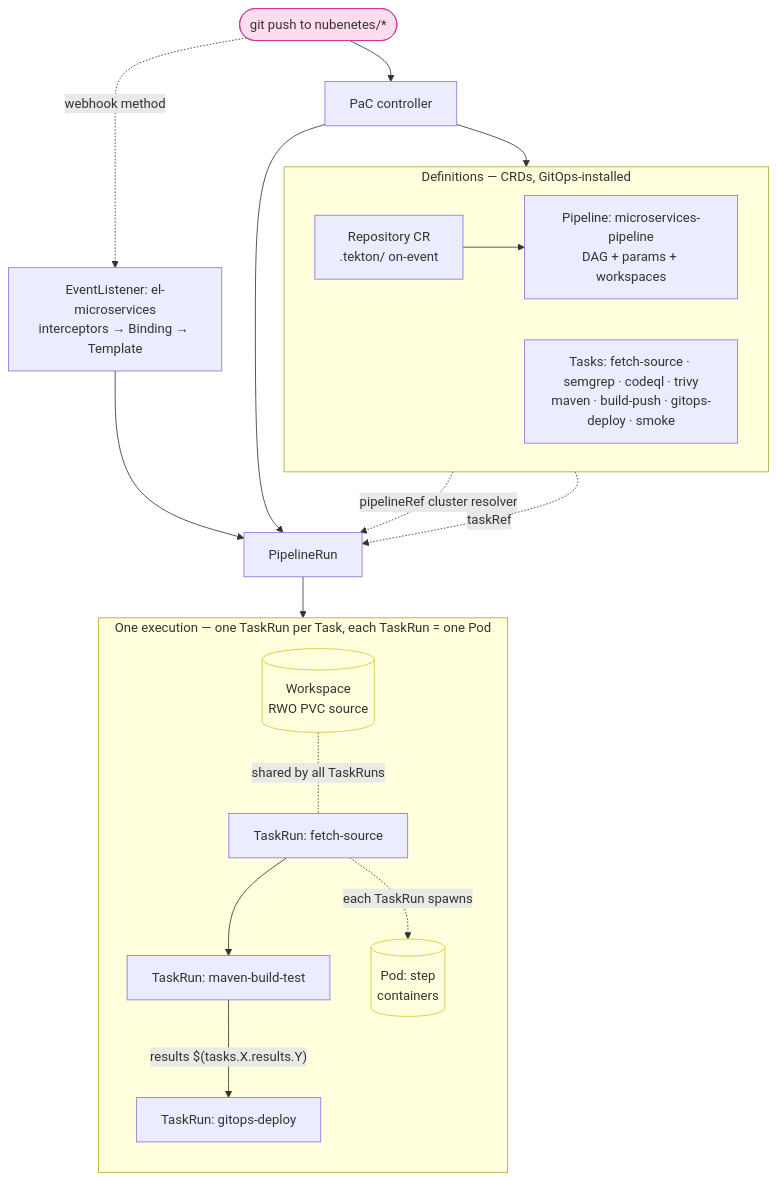
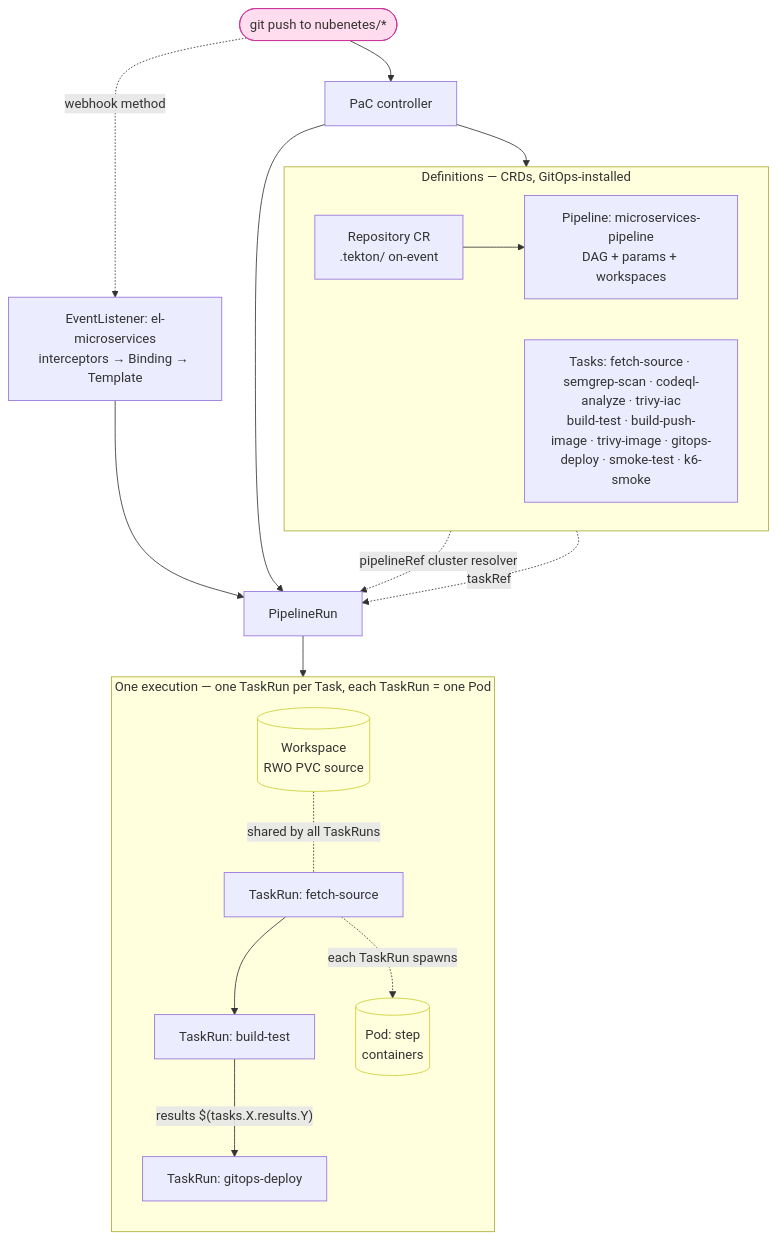
One commit to nubenetes/jenkins-2026 changed the first of 2 diagrams in docs/403-TEKTON.md. Above: the diagram before and after it, drawn with Mermaid. The commit also changed other lines of this file and 7 other files, not shown here.

````diff
--- a/docs/403-TEKTON.md
+++ b/docs/403-TEKTON.md
@@ -63,31 +63,31 @@
 ```mermaid
 flowchart TB
   push([git push to nubenetes/*]):::ext --> pac[PaC controller]
   push -. webhook method .-> el[EventListener: el-microservices<br/>interceptors → Binding → Template]
 
   subgraph defs[Definitions — CRDs, GitOps-installed]
     direction LR
     repo[Repository CR<br/>.tekton/ on-event] --> pipe[Pipeline: microservices-pipeline<br/>DAG + params + workspaces]
-    tasks[Tasks: fetch-source · semgrep · codeql · trivy<br/>maven · build-push · gitops-deploy · smoke]
+    tasks[Tasks: fetch-source · semgrep-scan · codeql-analyze · trivy-iac<br/>build-test · build-push-image · trivy-image · gitops-deploy · smoke-test · k6-smoke]
   end
 
   pac --> repo
   el --> plr[PipelineRun]
   pac --> plr
   pipe -. pipelineRef cluster resolver .-> plr
   tasks -. taskRef .-> plr
 
   subgraph run[One execution — one TaskRun per Task, each TaskRun = one Pod]
     direction TB
-    tr1[TaskRun: fetch-source] --> tr2[TaskRun: maven-build-test] -->|"results $(tasks.X.results.Y)"| tr3[TaskRun: gitops-deploy]
+    tr1[TaskRun: fetch-source] --> tr2[TaskRun: build-test] -->|"results $(tasks.X.results.Y)"| tr3[TaskRun: gitops-deploy]
     pod[(Pod: step<br/>containers)]:::vol
     ws[(Workspace<br/>RWO PVC source)]:::vol
   end
 
   plr --> tr1
   tr1 -. each TaskRun spawns .-> pod
   ws -. shared by all TaskRuns .- tr1
 
   classDef ext fill:#fde,stroke:#c39;
   classDef vol fill:#ffd,stroke:#cc3;
 ```
````
